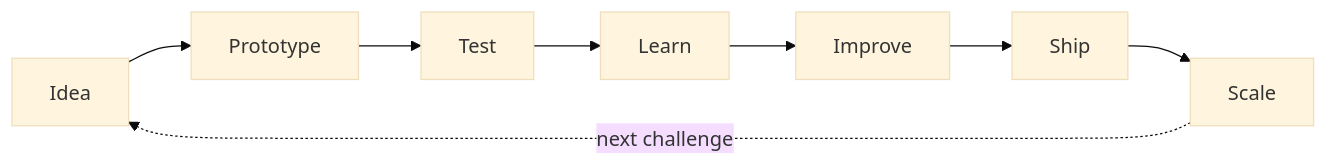
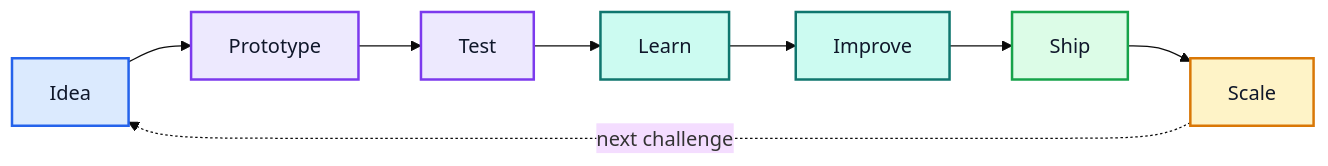
One commit to asukamiyachi/asukamiyachi changed the diagram in README.md. Above: the diagram before and after it, drawn with Mermaid (base theme).

Commit message:
Polish README flow diagram styling

````diff
--- a/README.md
+++ b/README.md
@@ -135,10 +135,22 @@
 ```mermaid
 flowchart LR
     A[Idea] --> B[Prototype]
     B --> C[Test]
     C --> D[Learn]
     D --> E[Improve]
     E --> F[Ship]
     F --> G[Scale]
     G -. next challenge .-> A
+
+    classDef idea fill:#DBEAFE,stroke:#2563EB,color:#0F172A,stroke-width:2px;
+    classDef build fill:#EDE9FE,stroke:#7C3AED,color:#0F172A,stroke-width:2px;
+    classDef learn fill:#CCFBF1,stroke:#0F766E,color:#0F172A,stroke-width:2px;
+    classDef ship fill:#DCFCE7,stroke:#16A34A,color:#0F172A,stroke-width:2px;
+    classDef scale fill:#FEF3C7,stroke:#D97706,color:#0F172A,stroke-width:2px;
+
+    class A idea;
+    class B,C build;
+    class D,E learn;
+    class F ship;
+    class G scale;
 ```
````
